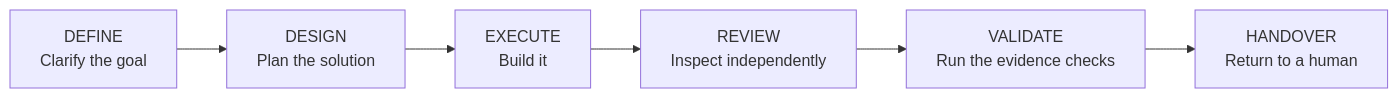
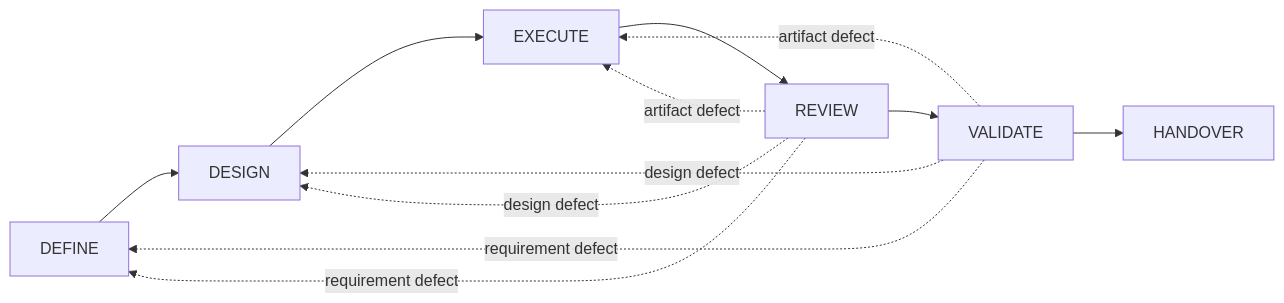
Before and after one commit to RezaGolriz/autonomous-build-loop-universal-template: the diagram in README.md, drawn with Mermaid. The commit also changed other lines of this file and 6 other files, not shown here.

````diff
--- a/README.md
+++ b/README.md
@@ -125,8 +55,14 @@
 ```mermaid
 flowchart LR
-    A[DEFINE<br/>Clarify the goal] --> B[DESIGN<br/>Plan the solution]
-    B --> C[EXECUTE<br/>Build it]
-    C --> D[REVIEW<br/>Inspect independently]
-    D --> E[VALIDATE<br/>Run the evidence checks]
-    E --> F[HANDOVER<br/>Return to a human]
+    A[DEFINE] --> B[DESIGN]
+    B --> C[EXECUTE]
+    C --> D[REVIEW]
+    D --> E[VALIDATE]
+    E --> F[HANDOVER]
+    D -. requirement defect .-> A
+    D -. design defect .-> B
+    D -. artifact defect .-> C
+    E -. requirement defect .-> A
+    E -. design defect .-> B
+    E -. artifact defect .-> C
 ```
````
